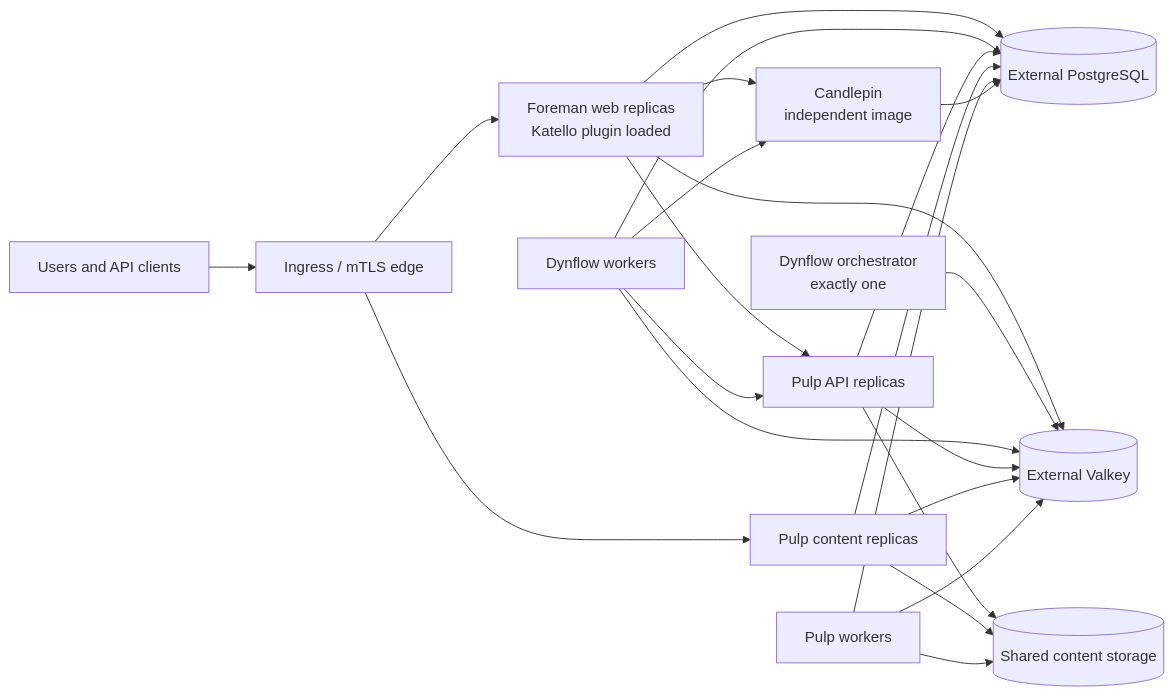
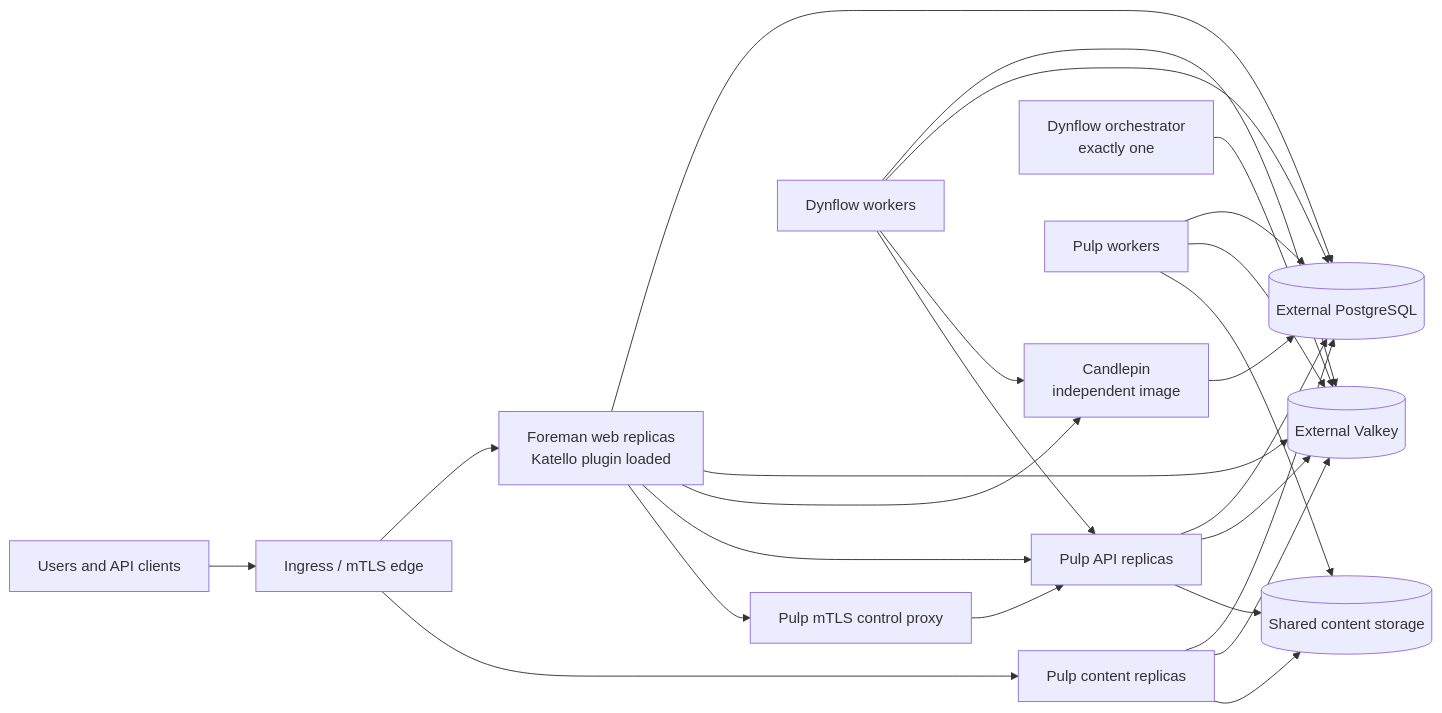
One commit to jakduch/foreman-kubernetes changed the diagram in docs/architecture.md. Above: the diagram before and after it, drawn with Mermaid. The commit also changed other lines of this file and 14 other files, not shown here.

Commit message:
Add secure ingress and Pulp control plane

````diff
--- a/docs/architecture.md
+++ b/docs/architecture.md
@@ -7,27 +7,29 @@
 ```mermaid
 flowchart LR
   Client[Users and API clients] --> Edge[Ingress / mTLS edge]
   Edge --> Foreman[Foreman web replicas\nKatello plugin loaded]
   Foreman --> DB[(External PostgreSQL)]
   Foreman --> Valkey[(External Valkey)]
   Foreman --> Candlepin[Candlepin\nindependent image]
   Foreman --> PulpAPI[Pulp API replicas]
   Edge --> PulpContent[Pulp content replicas]
+  Foreman --> PulpControl[Pulp mTLS control proxy]
+  PulpControl --> PulpAPI
 
   Orchestrator[Dynflow orchestrator\nexactly one] --> Valkey
   Worker[Dynflow workers] --> Valkey
   Worker --> DB
   Worker --> Candlepin
   Worker --> PulpAPI
 
   PulpAPI --> DB
   PulpAPI --> Valkey
   PulpContent --> DB
   PulpContent --> Valkey
   PulpWorker[Pulp workers] --> DB
   PulpWorker --> Valkey
   PulpAPI --> RWX[(Shared content storage)]
   PulpContent --> RWX
   PulpWorker --> RWX
   Candlepin --> DB
 ```
````
